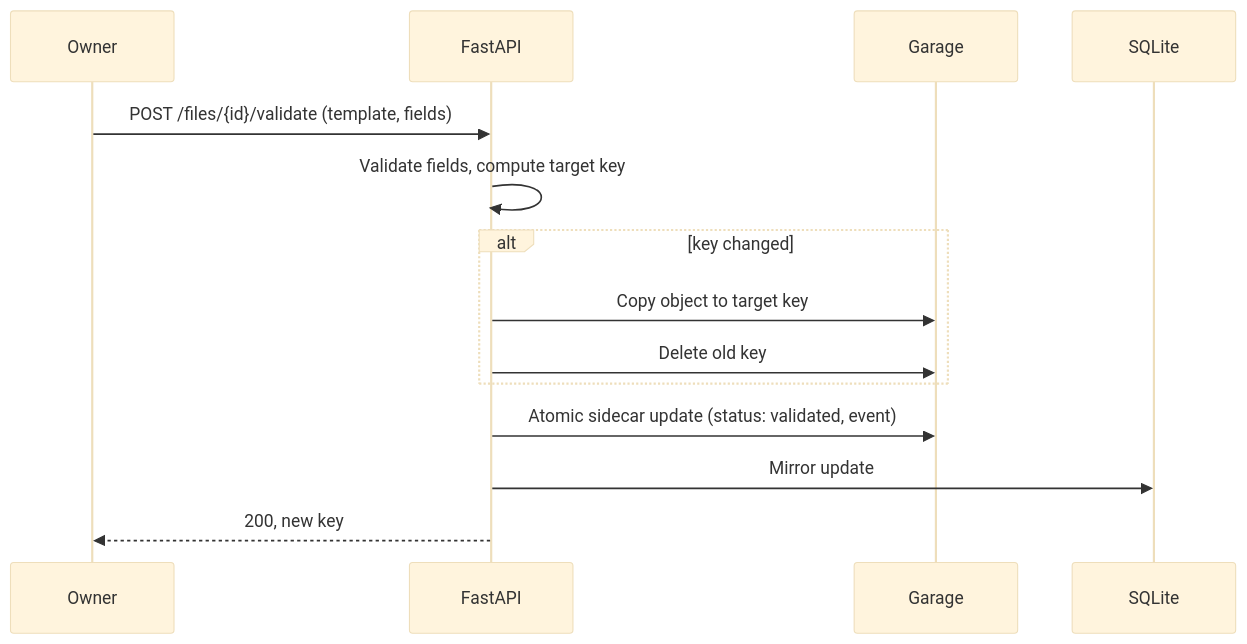
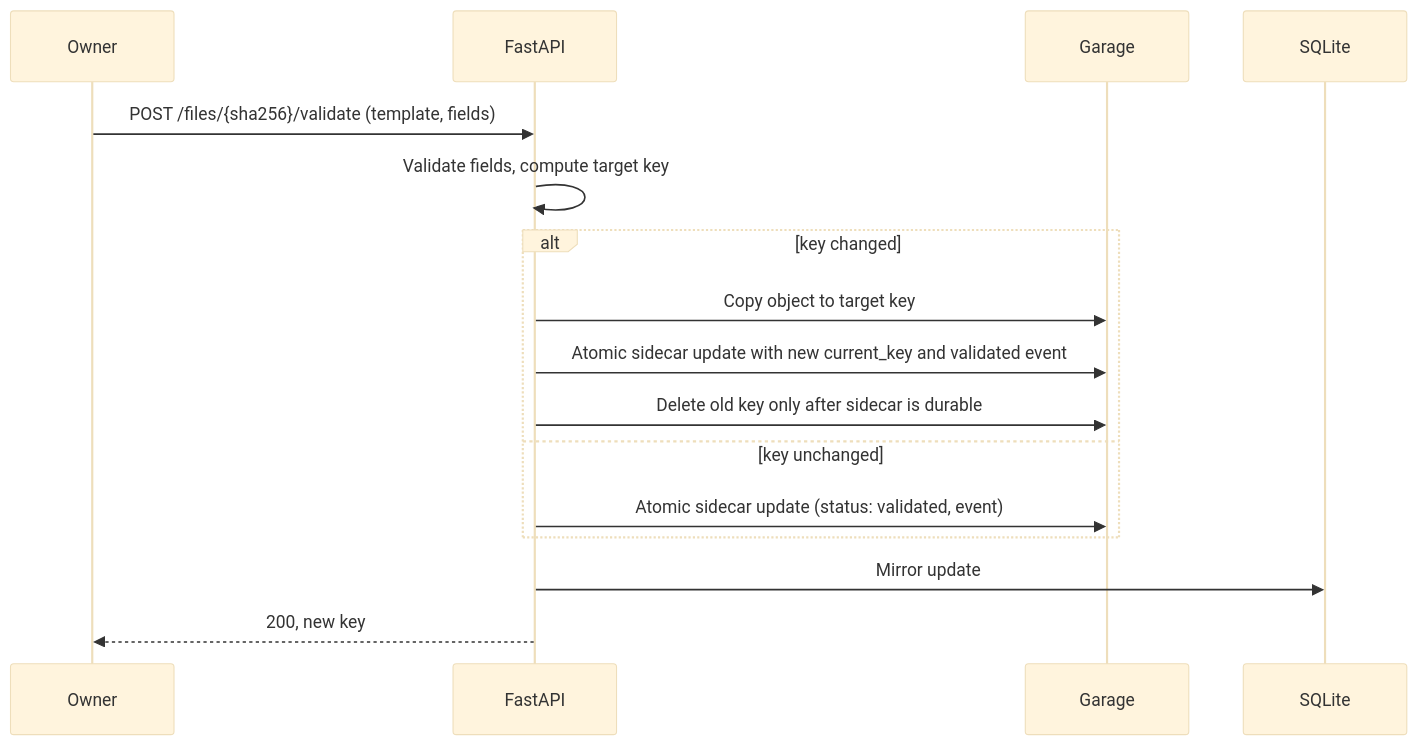
Before and after one commit to napnap75/multiarch-docker-images: the third of 3 diagrams in automatic-pdf-renamer/arch.md, drawn with Mermaid (base theme). The commit also changed other lines of this file and 4 other files, not shown here.

````diff
--- a/automatic-pdf-renamer/arch.md
+++ b/automatic-pdf-renamer/arch.md
@@ -143,16 +321,18 @@
 ```mermaid
 sequenceDiagram
   participant U as Owner
   participant API as FastAPI
   participant S3 as Garage
   participant DB as SQLite
-  U->>API: POST /files/{id}/validate (template, fields)
+  U->>API: POST /files/{sha256}/validate (template, fields)
   API->>API: Validate fields, compute target key
   alt key changed
     API->>S3: Copy object to target key
-    API->>S3: Delete old key
+    API->>S3: Atomic sidecar update with new current_key and validated event
+    API->>S3: Delete old key only after sidecar is durable
+  else key unchanged
+    API->>S3: Atomic sidecar update (status: validated, event)
   end
-  API->>S3: Atomic sidecar update (status: validated, event)
   API->>DB: Mirror update
   API-->>U: 200, new key
 ```
````
